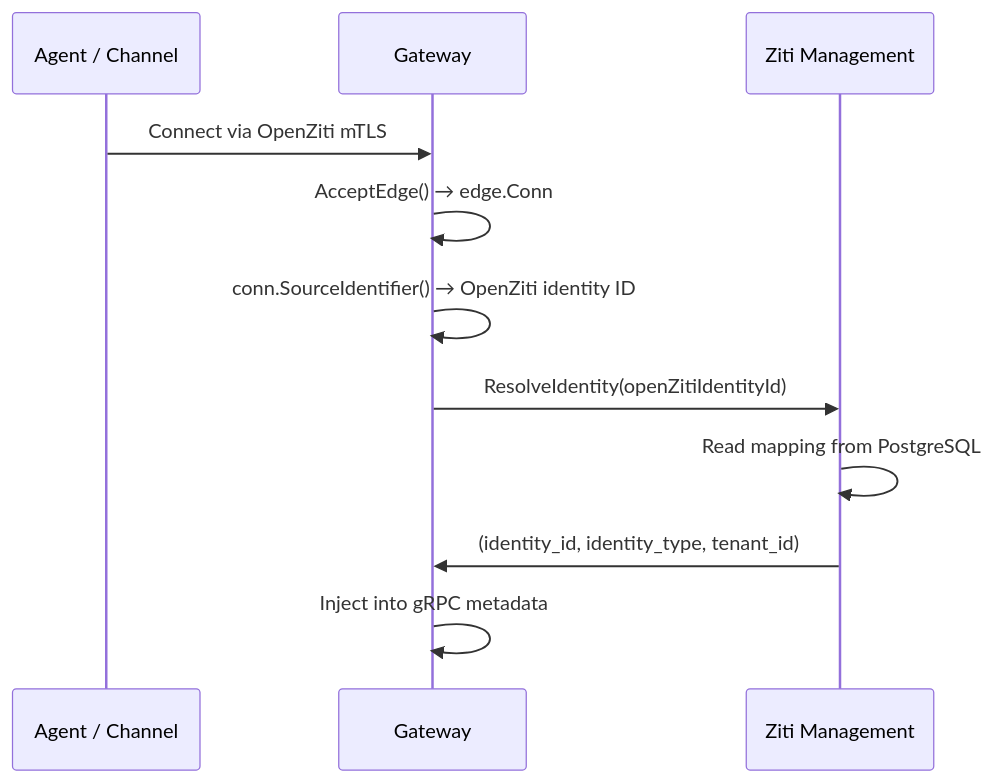
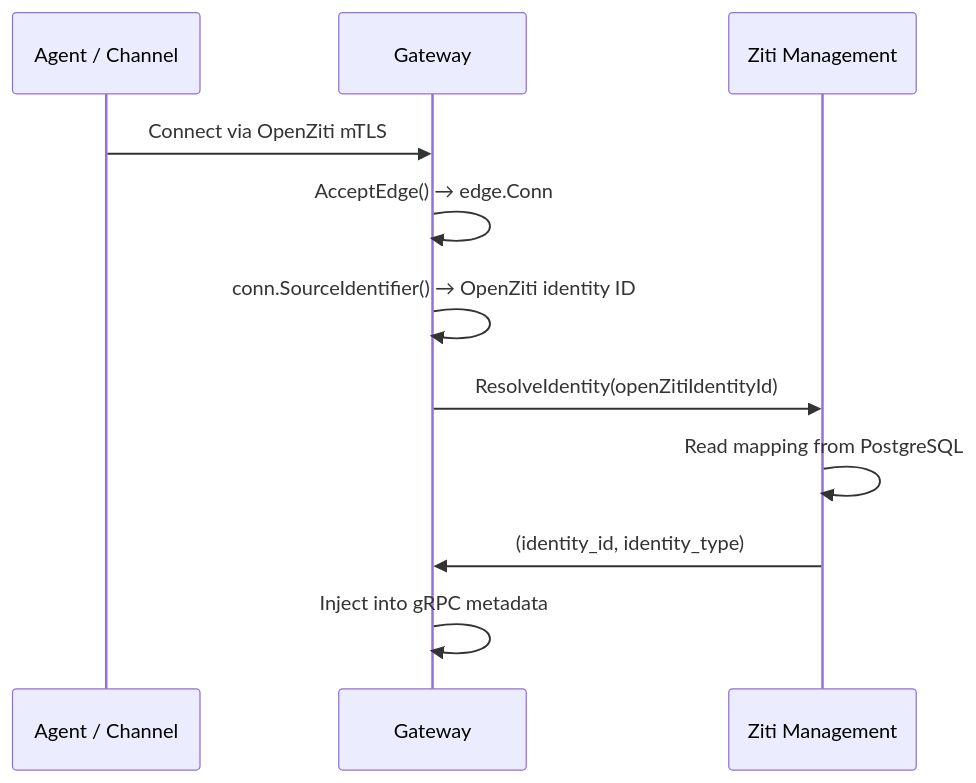
Before and after one commit to agynio/architecture: the second of 3 diagrams in architecture/openziti.md, drawn with Mermaid. The commit also changed other lines of this file and 16 other files, not shown here.

````diff
--- a/architecture/openziti.md
+++ b/architecture/openziti.md
@@ -192,14 +192,14 @@
 ```mermaid
 sequenceDiagram
     participant A as Agent / Channel
     participant GW as Gateway
     participant ZM as Ziti Management
 
     A->>GW: Connect via OpenZiti mTLS
     GW->>GW: AcceptEdge() → edge.Conn
     GW->>GW: conn.SourceIdentifier() → OpenZiti identity ID
     GW->>ZM: ResolveIdentity(openZitiIdentityId)
     ZM->>ZM: Read mapping from PostgreSQL
-    ZM->>GW: (identity_id, identity_type, tenant_id)
+    ZM->>GW: (identity_id, identity_type)
     GW->>GW: Inject into gRPC metadata
 ```
````
